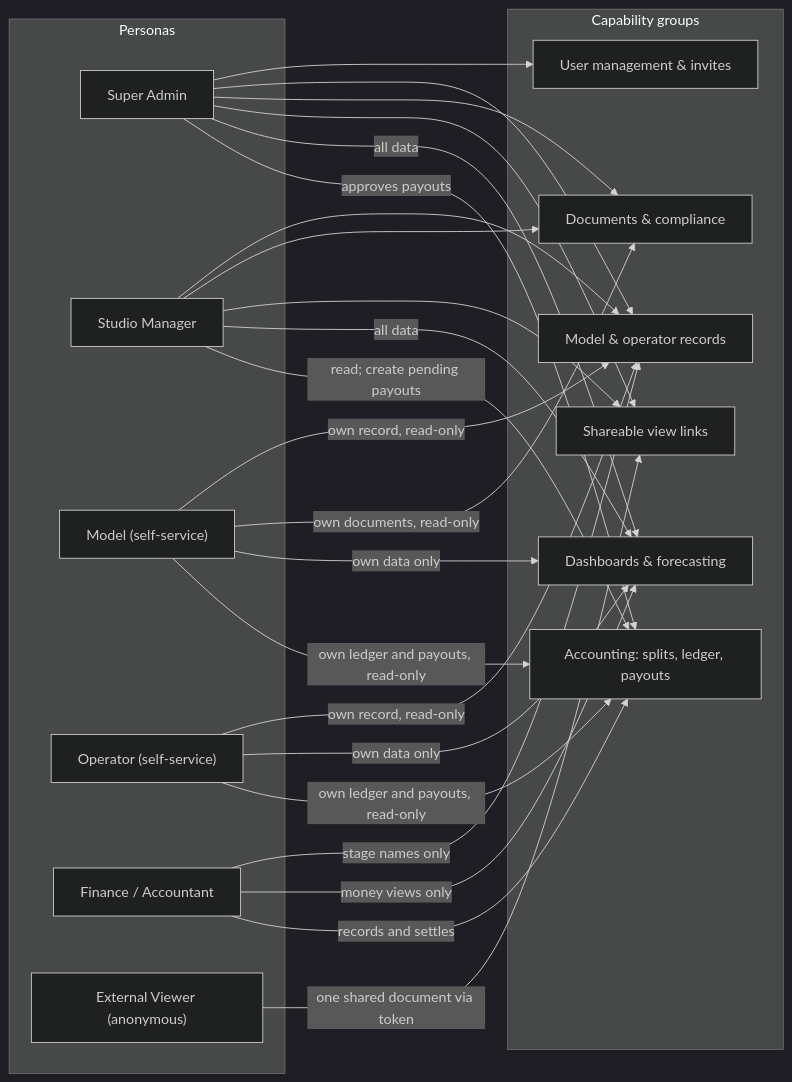
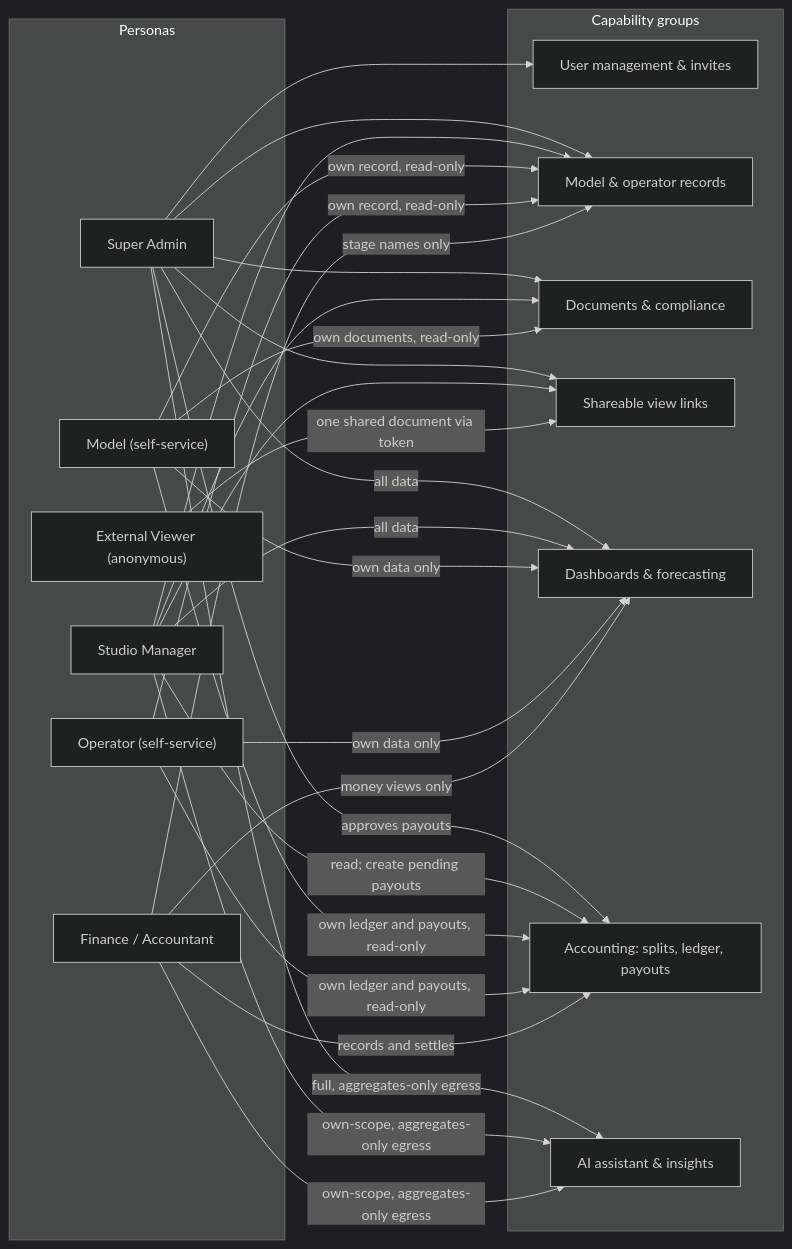
Before and after one commit to fnamlah/freedom-studio: the diagram in docs/01-overview.md, drawn with Mermaid (dark theme). The commit also changed other lines of this file and 11 other files, not shown here.

````diff
--- a/docs/01-overview.md
+++ b/docs/01-overview.md
@@ -59,48 +60,52 @@
 ```mermaid
 flowchart LR
   subgraph P["Personas"]
     SA["Super Admin"]
     MGR["Studio Manager"]
     MOD["Model (self-service)"]
     OP["Operator (self-service)"]
     FIN["Finance / Accountant"]
     EXT["External Viewer (anonymous)"]
   end
 
   subgraph C["Capability groups"]
     UM["User management & invites"]
     REC["Model & operator records"]
     DOC["Documents & compliance"]
     SHR["Shareable view links"]
     DASH["Dashboards & forecasting"]
     ACC["Accounting: splits, ledger, payouts"]
+    AI["AI assistant & insights"]
   end
 
   SA --> UM
   SA --> REC
   SA --> DOC
   SA --> SHR
   SA -->|"all data"| DASH
   SA -->|"approves payouts"| ACC
+  SA -->|"full, aggregates-only egress"| AI
 
   MGR --> REC
   MGR --> DOC
   MGR --> SHR
   MGR -->|"all data"| DASH
   MGR -->|"read; create pending payouts"| ACC
+  MGR -->|"own-scope, aggregates-only egress"| AI
 
   MOD -->|"own record, read-only"| REC
   MOD -->|"own documents, read-only"| DOC
   MOD -->|"own data only"| DASH
   MOD -->|"own ledger and payouts, read-only"| ACC
 
   OP -->|"own record, read-only"| REC
   OP -->|"own data only"| DASH
   OP -->|"own ledger and payouts, read-only"| ACC
 
   FIN -->|"stage names only"| REC
   FIN -->|"money views only"| DASH
   FIN -->|"records and settles"| ACC
+  FIN -->|"own-scope, aggregates-only egress"| AI
 
   EXT -->|"one shared document via token"| SHR
 ```
````
